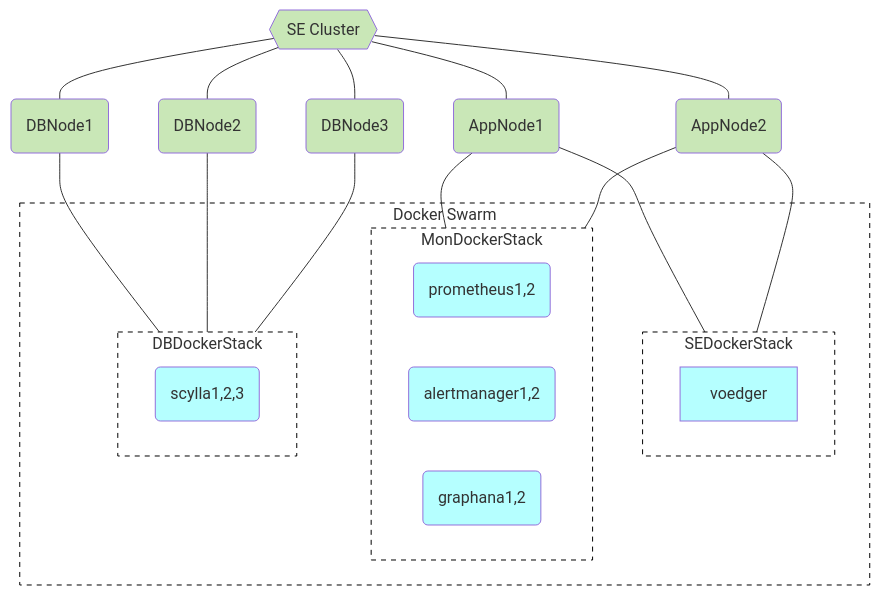
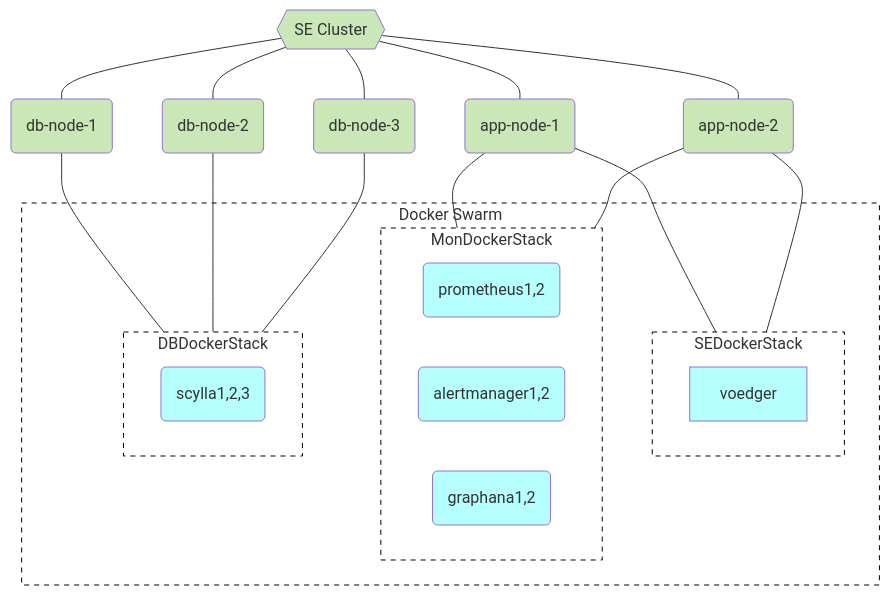
The first of 2 diagrams in design/se/README.md (voedger/voedger), drawn with Mermaid before and after one commit.

````diff
--- a/design/se/README.md
+++ b/design/se/README.md
@@ -22,52 +22,52 @@
 ```mermaid
   flowchart TD
 
   SECluster{{SE Cluster}}:::H
-  AppNode1("AppNode1"):::H
-  AppNode2("AppNode2"):::H
-  DBNode1("DBNode1"):::H
-  DBNode2("DBNode2"):::H
-  DBNode3("DBNode3"):::H
+  AppNode1("app-node-1"):::H
+  AppNode2("app-node-2"):::H
+  DBNode1("db-node-1"):::H
+  DBNode2("db-node-2"):::H
+  DBNode3("db-node-3"):::H
 
   DockerSwarm:::G
   subgraph DockerSwarm["Docker Swarm"]
     SEDockerStack:::G
     
     subgraph SEDockerStack
       voedger:::S
     end
 
     MonDockerStack("Monitoring Docker Stack"):::G
     subgraph MonDockerStack
       prometheus("prometheus1,2"):::S
       alertmanager("alertmanager1,2"):::S
       graphana("graphana1,2"):::S
     end
 
     DBDockerStack("DB Docker Stack"):::G
     subgraph DBDockerStack
       scylla("scylla1,2,3"):::S
     end
   end
 
   SECluster --- AppNode1
   SECluster --- AppNode2
   SECluster --- DBNode1
   SECluster --- DBNode2
   SECluster --- DBNode3
 
   AppNode1 --- SEDockerStack
   AppNode2 --- SEDockerStack
   AppNode1 --- MonDockerStack
   AppNode2 --- MonDockerStack
 
   DBNode1 --- DBDockerStack
   DBNode2 --- DBDockerStack
   DBNode3 --- DBDockerStack
 
 
   classDef G fill:#FFFFFF,stroke:#000000, stroke-width:1px, stroke-dasharray: 5 5
   classDef B fill:#FFFFB5,color:#333
   classDef S fill:#B5FFFF
   classDef H fill:#C9E7B7
 ```
````
